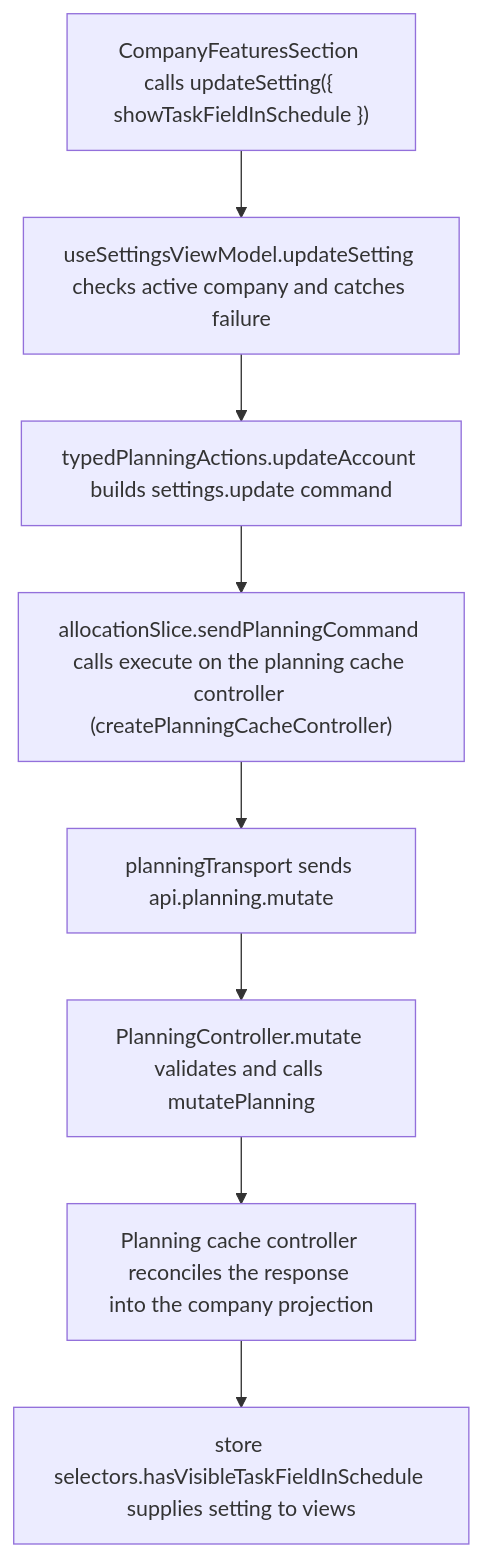
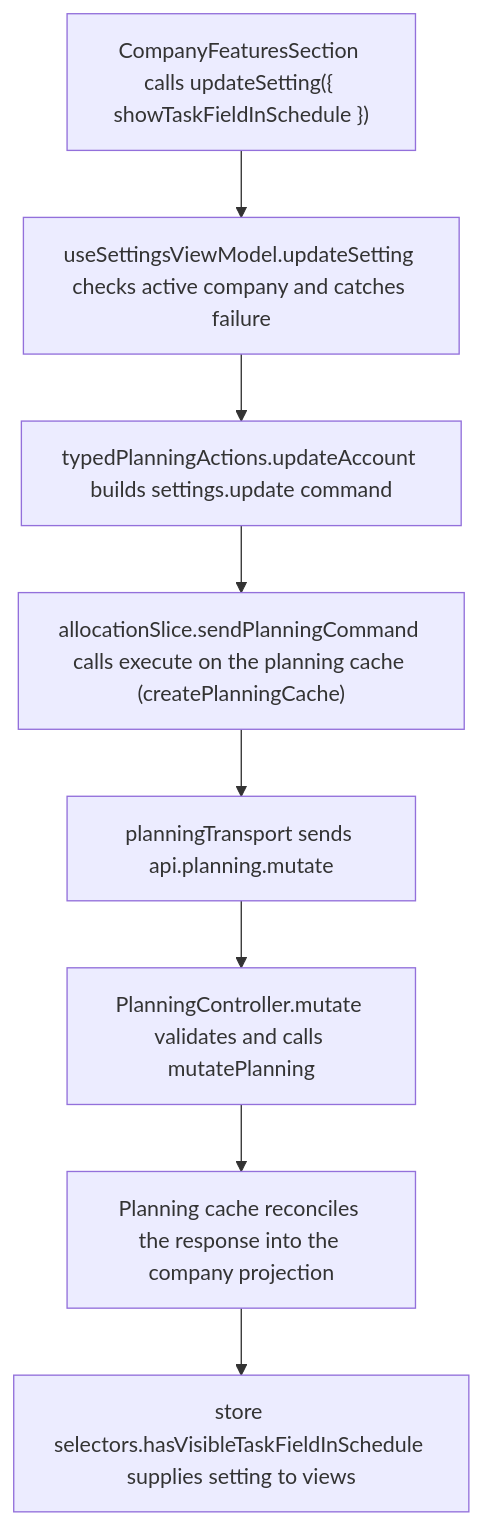
Before and after one commit to Kevinjohn/capacitylens: the second of 2 diagrams in user-stories/settings/US-SET-24-task-field.md, drawn with Mermaid. The commit also changed other lines of this file and 117 other files, not shown here.

First line of the commit message:
Planning cache: rename the planning cache controller family

````diff
--- a/user-stories/settings/US-SET-24-task-field.md
+++ b/user-stories/settings/US-SET-24-task-field.md
@@ -29,10 +29,10 @@
 ```mermaid
 flowchart TD
   control["CompanyFeaturesSection calls updateSetting({ showTaskFieldInSchedule })"] --> view["useSettingsViewModel.updateSetting checks active company and catches failure"]
   view --> action["typedPlanningActions.updateAccount builds settings.update command"]
-  action --> execute["allocationSlice.sendPlanningCommand calls execute on the planning cache controller (createPlanningCacheController)"]
+  action --> execute["allocationSlice.sendPlanningCommand calls execute on the planning cache (createPlanningCache)"]
   execute --> transport["planningTransport sends api.planning.mutate"]
   transport --> route["PlanningController.mutate validates and calls mutatePlanning"]
-  route --> reply["Planning cache controller reconciles the response into the company projection"]
+  route --> reply["Planning cache reconciles the response into the company projection"]
   reply --> read["store selectors.hasVisibleTaskFieldInSchedule supplies setting to views"]
 ```
````
